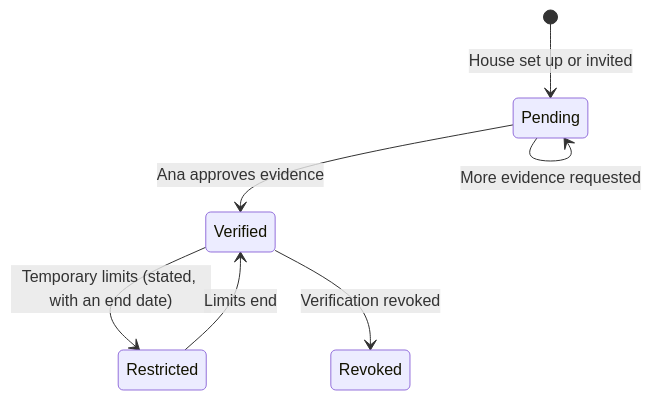
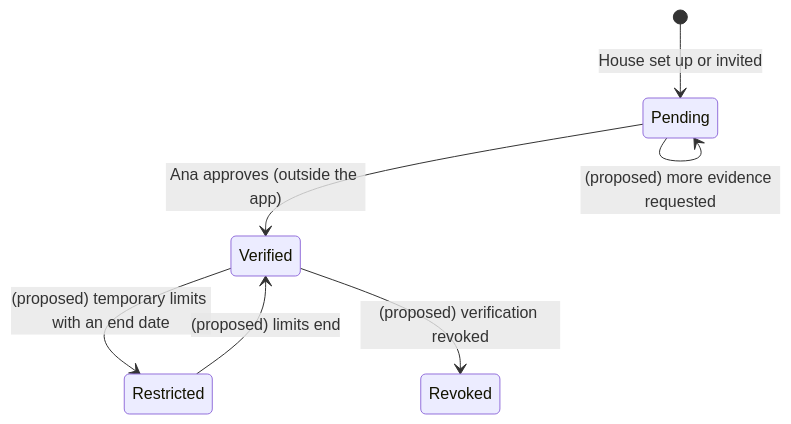
Before and after one commit to kirito-sketch/Art-Artist: the fifth of 6 diagrams in docs/sunday/5-lifecycles.md, drawn with Mermaid. The commit also changed other lines of this file and 8 other files, not shown here.

````diff
--- a/docs/sunday/5-lifecycles.md
+++ b/docs/sunday/5-lifecycles.md
@@ -62,9 +64,9 @@
 ```mermaid
 stateDiagram-v2
   [*] --> Pending: House set up or invited
-  Pending --> Verified: Ana approves evidence
-  Pending --> Pending: More evidence requested
-  Verified --> Restricted: Temporary limits (stated, with an end date)
-  Restricted --> Verified: Limits end
-  Verified --> Revoked: Verification revoked
+  Pending --> Verified: Ana approves (outside the app)
+  Pending --> Pending: (proposed) more evidence requested
+  Verified --> Restricted: (proposed) temporary limits with an end date
+  Restricted --> Verified: (proposed) limits end
+  Verified --> Revoked: (proposed) verification revoked
 ```
````
